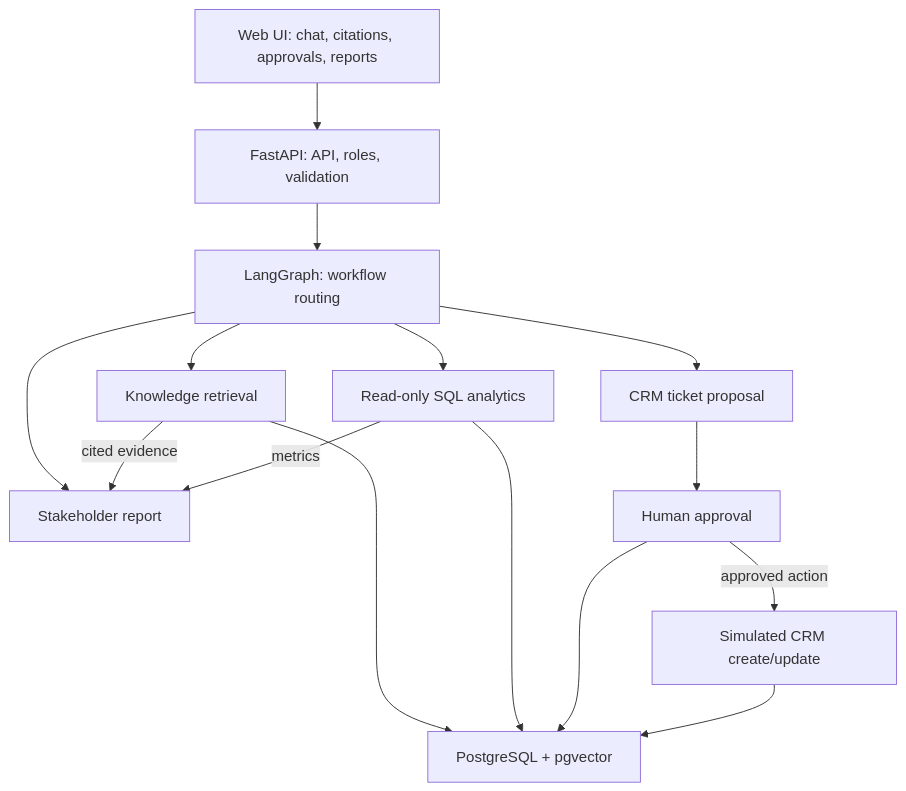
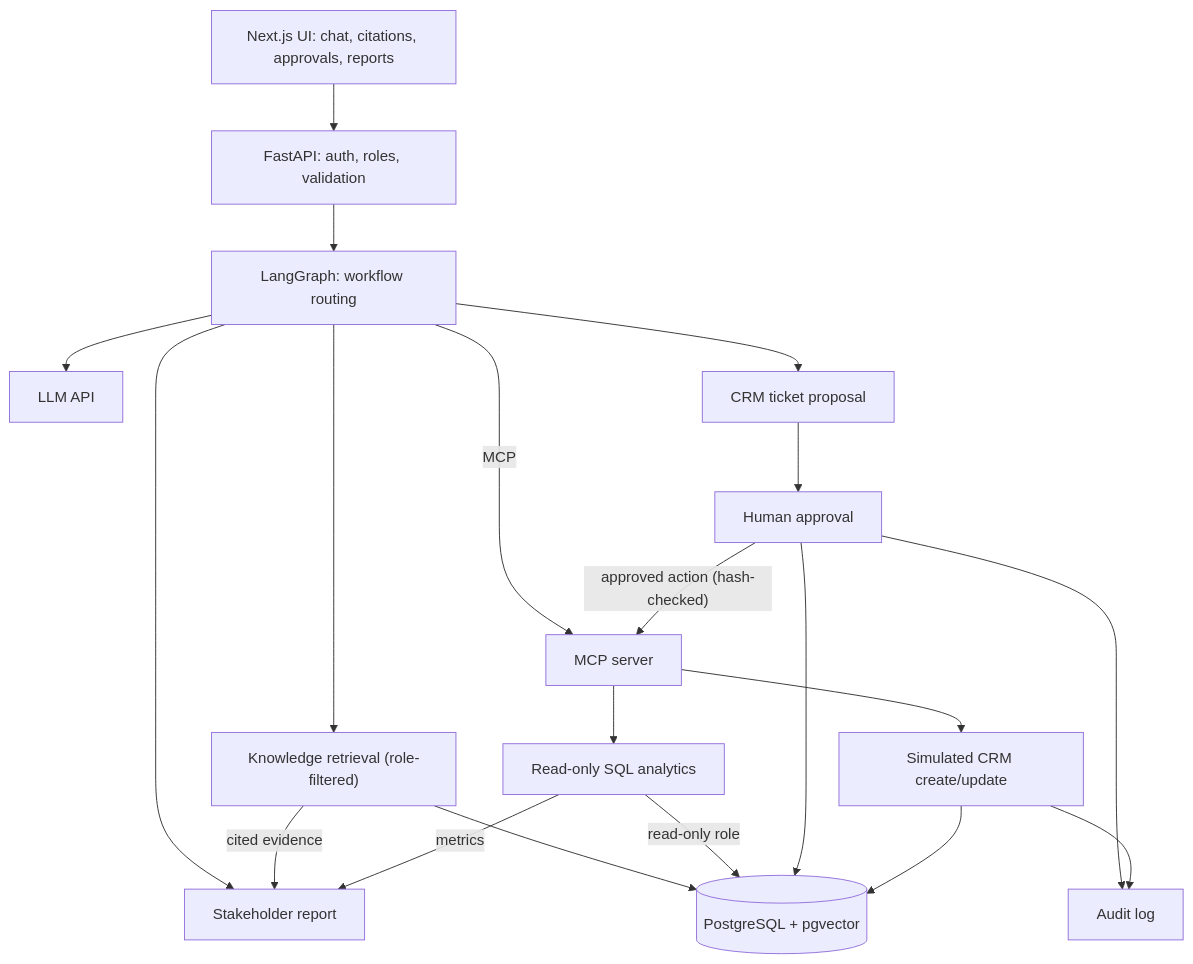
Before and after one commit to yiweimichael/Enterprise_AI_Operations_Pilot: the diagram in README.md, drawn with Mermaid. The commit also changed other lines of this file and 1 other file, not shown here.

First line of the commit message:
Revise architecture diagram and align project naming

````diff
--- a/README.md
+++ b/README.md
@@ -6,21 +6,26 @@
 ```mermaid
 flowchart TB
-    UI["Web UI: chat, citations, approvals, reports"] --> API["FastAPI: API, roles, validation"]
+    UI["Next.js UI: chat, citations, approvals, reports"] --> API["FastAPI: auth, roles, validation"]
     API --> LG["LangGraph: workflow routing"]
+    LG --> LLM["LLM API"]
 
-    LG --> K["Knowledge retrieval"]
-    LG --> A["Read-only SQL analytics"]
+    LG --> K["Knowledge retrieval (role-filtered)"]
     LG --> T["CRM ticket proposal"]
     LG --> R["Stakeholder report"]
+    LG -->|"MCP"| MCP["MCP server"]
+    MCP --> A["Read-only SQL analytics"]
 
     K -->|"cited evidence"| R
     A -->|"metrics"| R
 
     T --> P["Human approval"]
-    P -->|"approved action"| C["Simulated CRM create/update"]
+    P -->|"approved action (hash-checked)"| MCP
+    MCP --> C["Simulated CRM create/update"]
 
-    K --> DB["PostgreSQL + pgvector"]
-    A --> DB
+    K --> DB[("PostgreSQL + pgvector")]
+    A -->|"read-only role"| DB
     P --> DB
     C --> DB
+    P --> AU["Audit log"]
+    C --> AU
 ```
````
